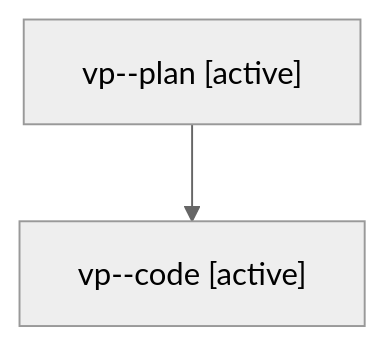
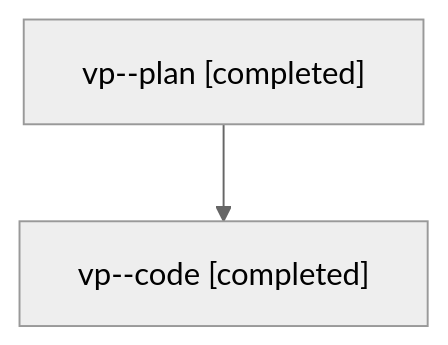
Before and after one commit to sase-org/sase--agents: the diagram in families/bbugyi200.athena.vp.md, drawn with Mermaid (neutral theme). The commit also changed other lines of this file and 1506 other files, not shown here.

````diff
--- a/families/bbugyi200.athena.vp.md
+++ b/families/bbugyi200.athena.vp.md
@@ -9,6 +9,6 @@
 ```mermaid
 flowchart TD
-  n0["vp--plan [active]"]
-  n1["vp--code [active]"]
+  n0["vp--plan [completed]"]
+  n1["vp--code [completed]"]
   n0 --> n1
 ```
````
